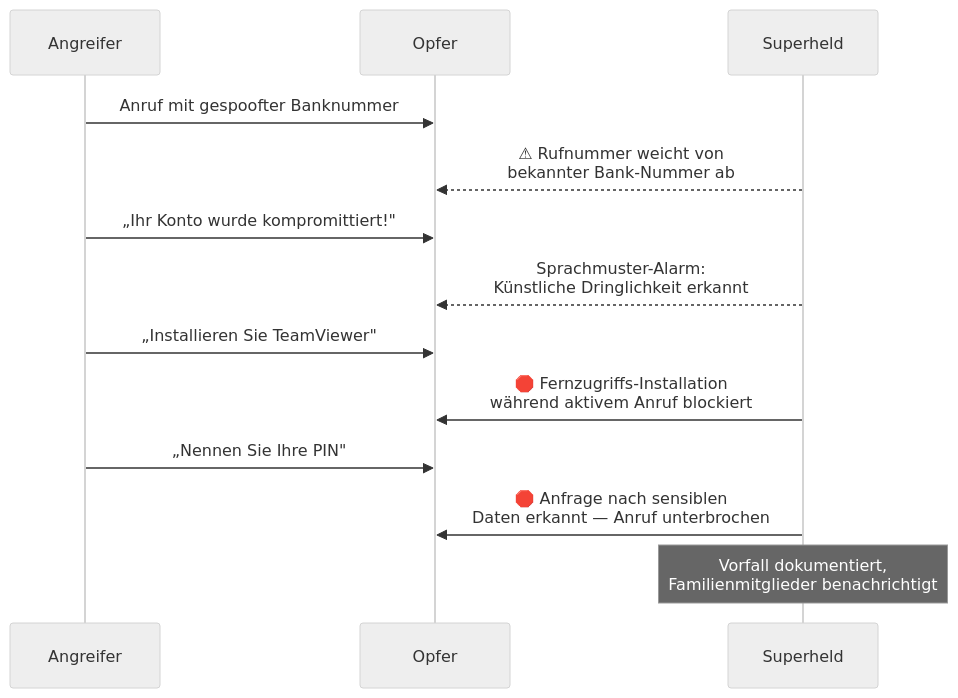
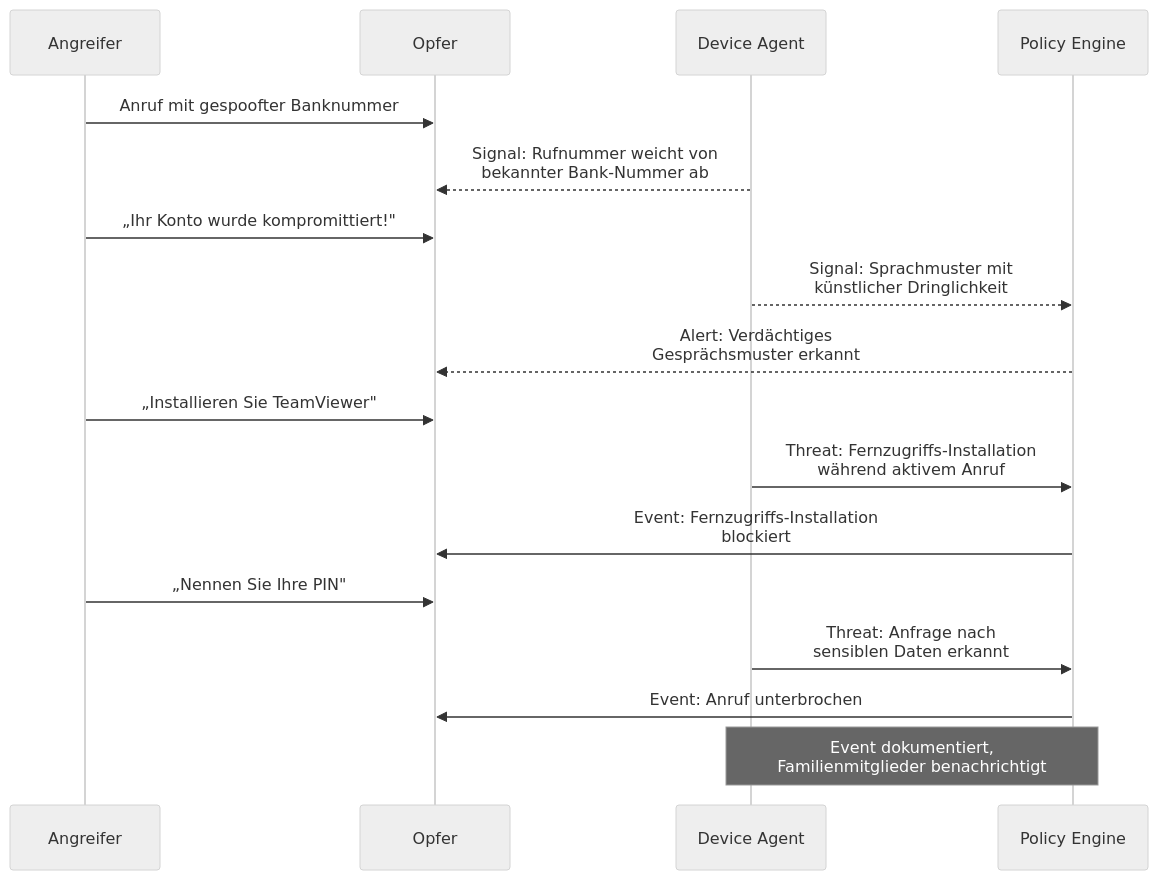
The diagram in astro-site/src/content/docs/experts/threat-model.mdx (benediktpoller/docs.superheld.app), drawn with Mermaid (neutral theme) before and after one commit. The commit also changed other lines of this file and 15 other files, not shown here.

````diff
--- a/astro-site/src/content/docs/experts/threat-model.mdx
+++ b/astro-site/src/content/docs/experts/threat-model.mdx
@@ -107,16 +111,20 @@
 ```mermaid
 sequenceDiagram
     participant A as Angreifer
     participant O as Opfer
-    participant S as Superheld
+    participant DA as Device Agent
+    participant P as Policy Engine
 
     A->>O: Anruf mit gespoofter Banknummer
-    S-->>O: ⚠ Rufnummer weicht von<br/>bekannter Bank-Nummer ab
+    DA-->>O: Signal: Rufnummer weicht von<br/>bekannter Bank-Nummer ab
     A->>O: „Ihr Konto wurde kompromittiert!"
-    S-->>O: Sprachmuster-Alarm:<br/>Künstliche Dringlichkeit erkannt
+    DA-->>P: Signal: Sprachmuster mit<br/>künstlicher Dringlichkeit
+    P-->>O: Alert: Verdächtiges<br/>Gesprächsmuster erkannt
     A->>O: „Installieren Sie TeamViewer"
-    S->>O: 🛑 Fernzugriffs-Installation<br/>während aktivem Anruf blockiert
+    DA->>P: Threat: Fernzugriffs-Installation<br/>während aktivem Anruf
+    P->>O: Event: Fernzugriffs-Installation<br/>blockiert
     A->>O: „Nennen Sie Ihre PIN"
-    S->>O: 🛑 Anfrage nach sensiblen<br/>Daten erkannt — Anruf unterbrochen
-    Note over S: Vorfall dokumentiert,<br/>Familienmitglieder benachrichtigt
+    DA->>P: Threat: Anfrage nach<br/>sensiblen Daten erkannt
+    P->>O: Event: Anruf unterbrochen
+    Note over DA,P: Event dokumentiert,<br/>Familienmitglieder benachrichtigt
 ```
````
